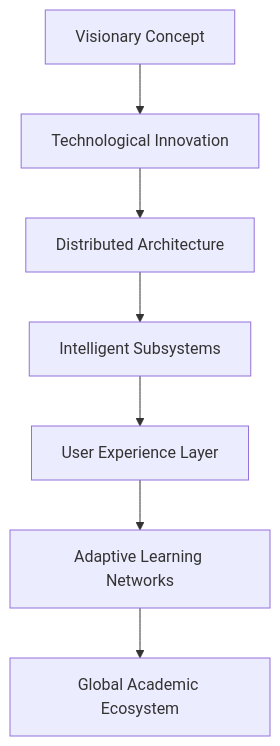
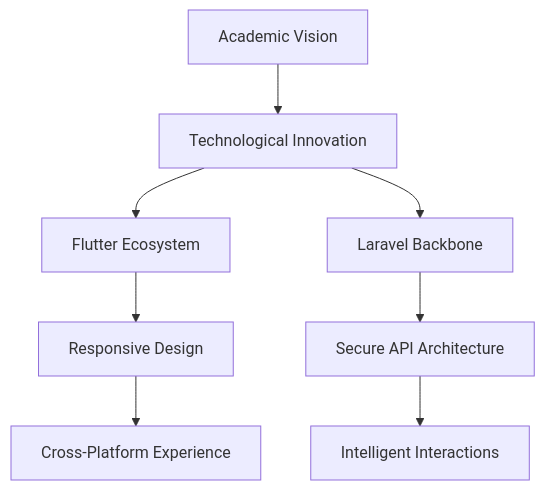
Before and after one commit to Ngum12/Individual-Assignment-02: the diagram in freeworld_post/README.md, drawn with Mermaid. The commit also changed other lines of this file, not shown here.

````diff
--- a/freeworld_post/README.md
+++ b/freeworld_post/README.md
@@ -15,9 +39,10 @@
 ```mermaid
 graph TD
-    A[Visionary Concept] --> B[Technological Innovation]
-    B --> C[Distributed Architecture]
-    C --> D[Intelligent Subsystems]
-    D --> E[User Experience Layer]
-    E --> F[Adaptive Learning Networks]
-    F --> G[Global Academic Ecosystem]
+    A[Academic Vision] --> B[Technological Innovation]
+    B --> C[Flutter Ecosystem]
+    B --> D[Laravel Backbone]
+    C --> E[Responsive Design]
+    D --> F[Secure API Architecture]
+    E --> G[Cross-Platform Experience]
+    F --> H[Intelligent Interactions]
 ```
````
